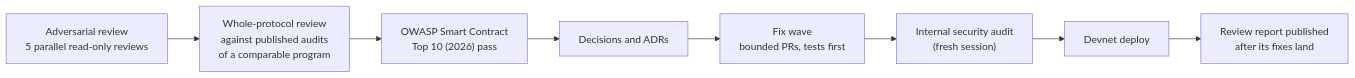
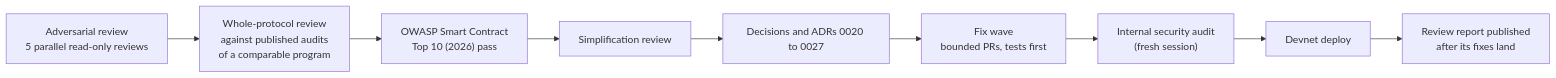
Before and after one commit to mutav-finance/mutav-protocol-solana: the diagram in docs/security/reviews-and-audits.md, drawn with Mermaid. The commit also changed other lines of this file and 41 other files, not shown here.

First line of the commit message:
docs: align docs with ADRs 0020–0027 and the simplification

````diff
--- a/docs/security/reviews-and-audits.md
+++ b/docs/security/reviews-and-audits.md
@@ -53,10 +53,11 @@
 ```mermaid
 flowchart LR
     R1["Adversarial review<br/>5 parallel read-only reviews"] --> R2["Whole-protocol review<br/>against published audits<br/>of a comparable program"]
     R2 --> R3["OWASP Smart Contract<br/>Top 10 (2026) pass"]
-    R3 --> D["Decisions and ADRs"]
+    R3 --> S["Simplification review"]
+    S --> D["Decisions and ADRs 0020 to 0027"]
     D --> W["Fix wave<br/>bounded PRs, tests first"]
     W --> A["Internal security audit<br/>(fresh session)"]
     A --> DP["Devnet deploy"]
     DP --> P["Review report published<br/>after its fixes land"]
 ```
````
